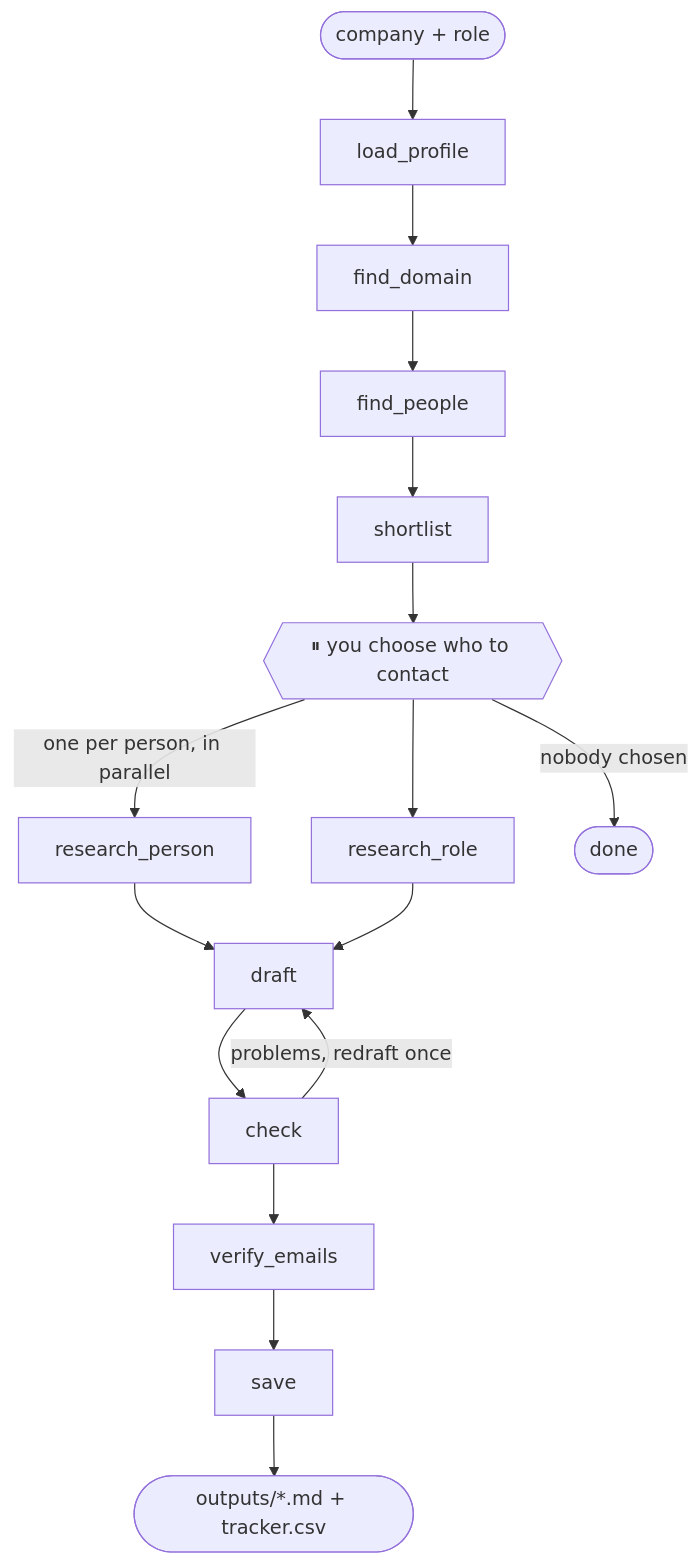
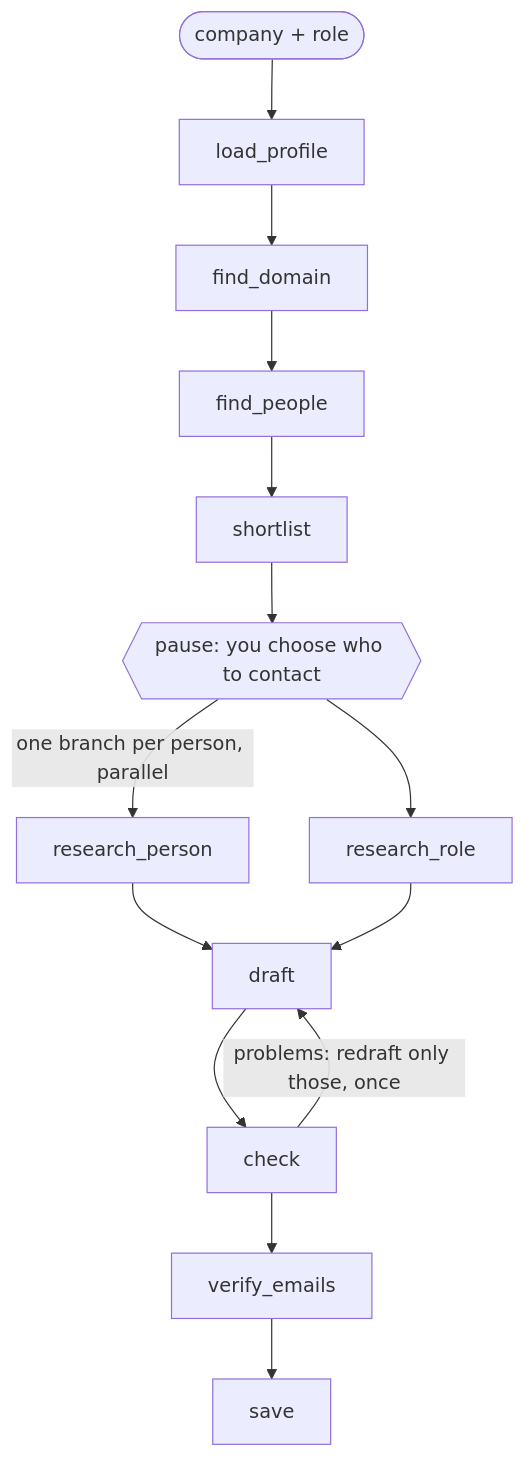
Before and after one commit to KingPrav/outreach-agent: the diagram in README.md, drawn with Mermaid. The commit also changed other lines of this file and 24 other files, not shown here.

````diff
--- a/README.md
+++ b/README.md
@@ -43,14 +28,12 @@
 ```mermaid
 graph TD
-    START([company + role]) --> load_profile
-    load_profile --> find_domain --> find_people --> shortlist --> review
-    review{{"⏸ you choose who to contact"}}
-    review -->|one per person, in parallel| research_person
+    START([company + role]) --> load_profile --> find_domain --> find_people --> shortlist --> review
+    review{{"pause: you choose who to contact"}}
+    review -->|one branch per person, parallel| research_person
     review --> research_role
-    review -->|nobody chosen| END1([done])
     research_person --> draft
     research_role --> draft
     draft --> check
-    check -->|problems, redraft once| draft
-    check --> verify_emails --> save --> END([outputs/*.md + tracker.csv])
+    check -->|problems: redraft only those, once| draft
+    check --> verify_emails --> save
 ```
````
